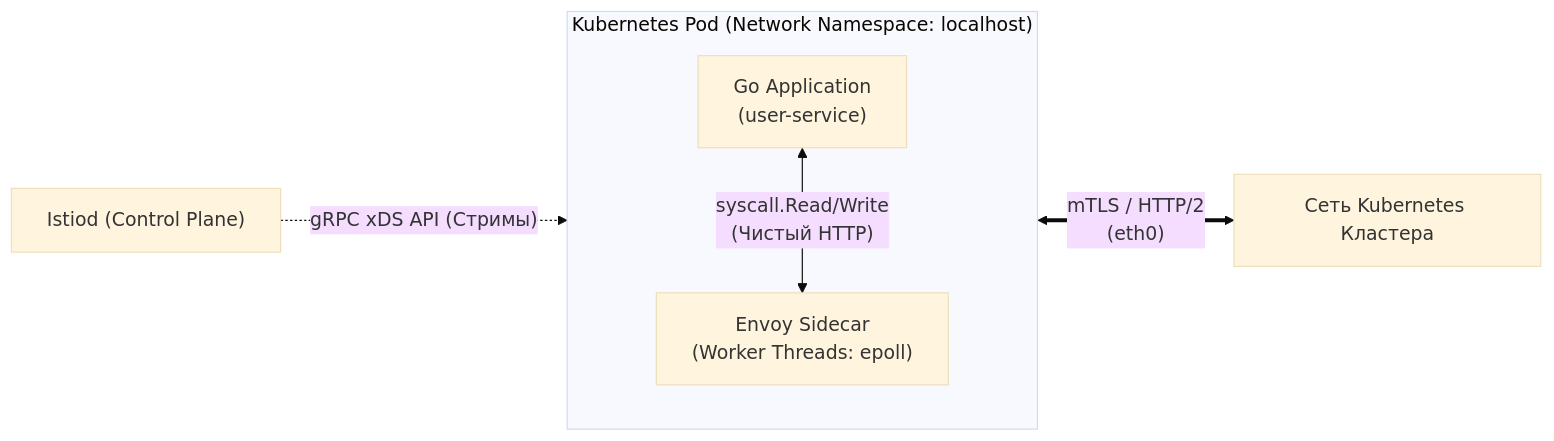
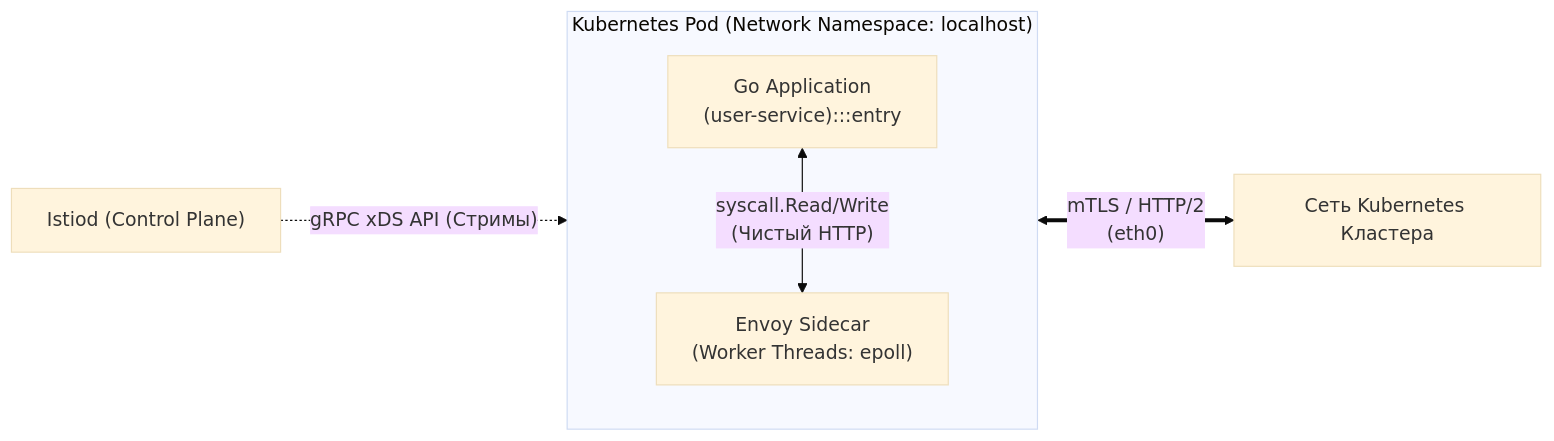
Before and after one commit to UnrealTemplier/go-textbook: the first of 4 diagrams in sources/14. Распределенные системы на Go/06. Сеть/2. Envoy и sidecar.md, drawn with Mermaid (base theme). The commit also changed other lines of this file and 1666 other files, not shown here.

First line of the commit message:
feat(mermaid): add semantic color classDef to 1369 colorless flowchart/graph diagrams

````diff
--- a/sources/14. Распределенные системы на Go/06. Сеть/2. Envoy и sidecar.md
+++ b/sources/14. Распределенные системы на Go/06. Сеть/2. Envoy и sidecar.md
@@ -11,10 +11,20 @@
 ```mermaid
 flowchart LR
+    classDef process  fill:#1e293b,stroke:#38bdf8,stroke-width:1px,color:#f8fafc
+    classDef success  fill:#064e3b,stroke:#34d399,stroke-width:1px,color:#f8fafc
+    classDef error    fill:#7f1d1d,stroke:#f87171,stroke-width:1px,color:#f8fafc
+    classDef warning  fill:#78350f,stroke:#fbbf24,stroke-width:1px,color:#f8fafc
+    classDef entry    fill:#1e3a5f,stroke:#38bdf8,stroke-width:2px,color:#f8fafc
+    classDef aux      fill:#334155,stroke:#64748b,stroke-width:1px,color:#f8fafc
+    classDef system   fill:#312e81,stroke:#a78bfa,stroke-width:1px,color:#f8fafc
+    classDef data     fill:#132d29,stroke:#2dd4bf,stroke-width:1px,color:#f8fafc
+    classDef network  fill:#881337,stroke:#fb7185,stroke-width:1px,color:#f8fafc
+    classDef accent   fill:#1e1b4b,stroke:#818cf8,stroke-width:1px,color:#f8fafc
     subgraph Pod["Kubernetes Pod (Network Namespace: localhost)"]
         direction TB
-        App["Go Application<br/>(user-service)"] <-->|"syscall.Read/Write<br/>(Чистый HTTP)"| Envoy["Envoy Sidecar<br/>(Worker Threads: epoll)"]
+        App["Go Application<br/>(user-service):::entry"] <-->|"syscall.Read/Write<br/>(Чистый HTTP)"| Envoy["Envoy Sidecar<br/>(Worker Threads: epoll)"]
     end
 
     Envoy <==>|"mTLS / HTTP/2<br/>(eth0)"| Cluster["Сеть Kubernetes Кластера"]
     ControlPlane["Istiod (Control Plane)"] -.->|"gRPC xDS API (Стримы)"| Envoy
 ```
````
